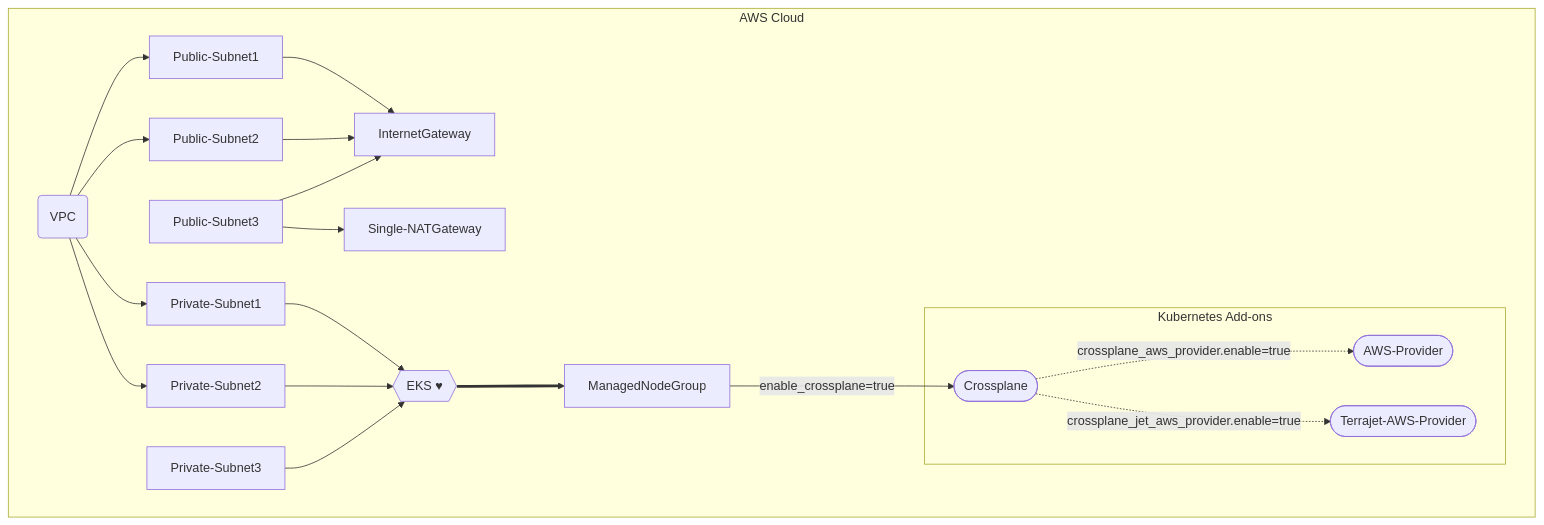
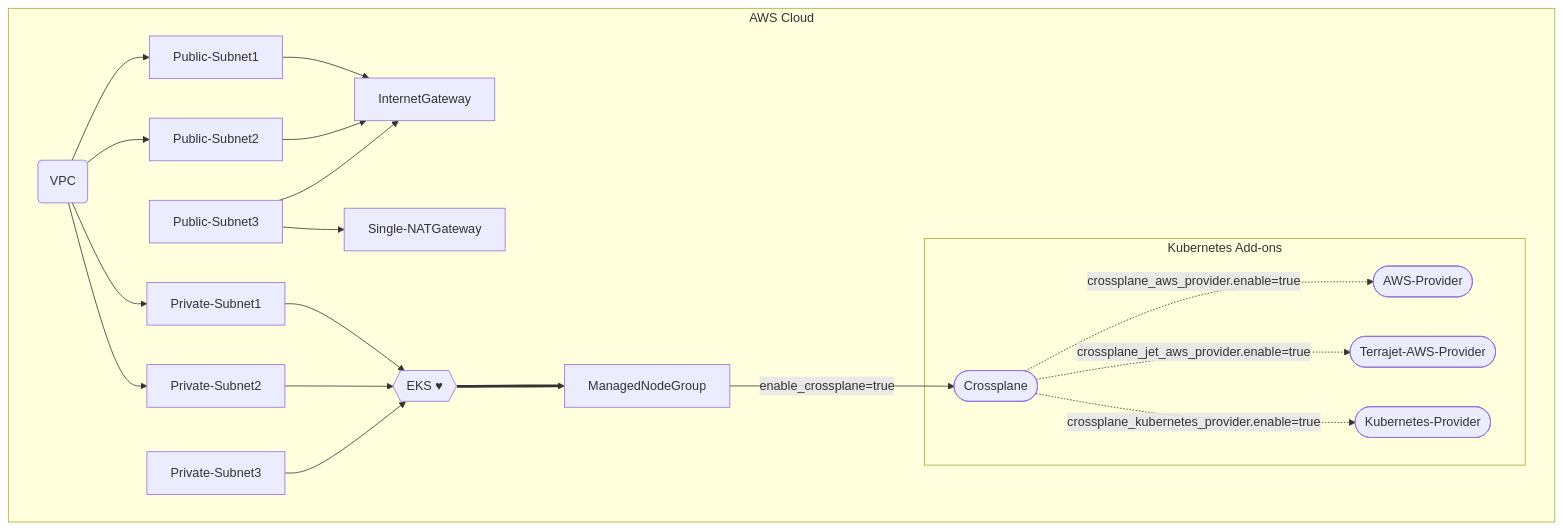
The diagram in bootstrap/terraform/README.md (awslabs/crossplane-on-eks), drawn with Mermaid before and after one commit. The commit also changed other lines of this file and 3 other files, not shown here.

Commit message:
feat: Use kubernetes-provider from eks-blueprints

````diff
--- a/bootstrap/terraform/README.md
+++ b/bootstrap/terraform/README.md
@@ -13,22 +14,23 @@
 ```mermaid
 graph TD;
     subgraph AWS Cloud
     id1(VPC)-->Private-Subnet1;
     id1(VPC)-->Private-Subnet2;
     id1(VPC)-->Public-Subnet1;
     id1(VPC)-->Public-Subnet2;
     Public-Subnet1-->InternetGateway
     Public-Subnet2-->InternetGateway
     Public-Subnet3-->InternetGateway
     Public-Subnet3-->Single-NATGateway
     Private-Subnet1-->EKS{{"EKS #9829;"}}
     Private-Subnet2-->EKS
     Private-Subnet3-->EKS
     EKS==>ManagedNodeGroup;
     ManagedNodeGroup-->|enable_crossplane=true|id2([Crossplane]);
     subgraph Kubernetes Add-ons
     id2([Crossplane])-.->|crossplane_aws_provider.enable=true|id3([AWS-Provider]);
     id2([Crossplane])-.->|crossplane_jet_aws_provider.enable=true|id4([Terrajet-AWS-Provider]);
+    id2([Crossplane])-.->|crossplane_kubernetes_provider.enable=true|id5([Kubernetes-Provider]);
     end
     end
 ```
````
